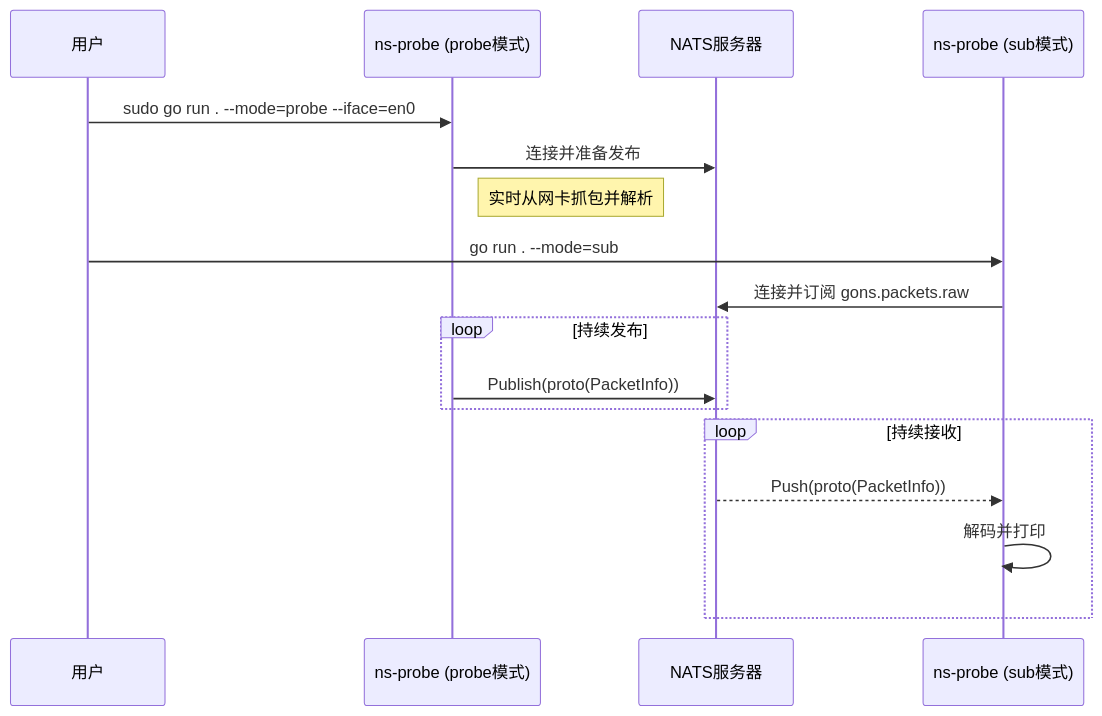
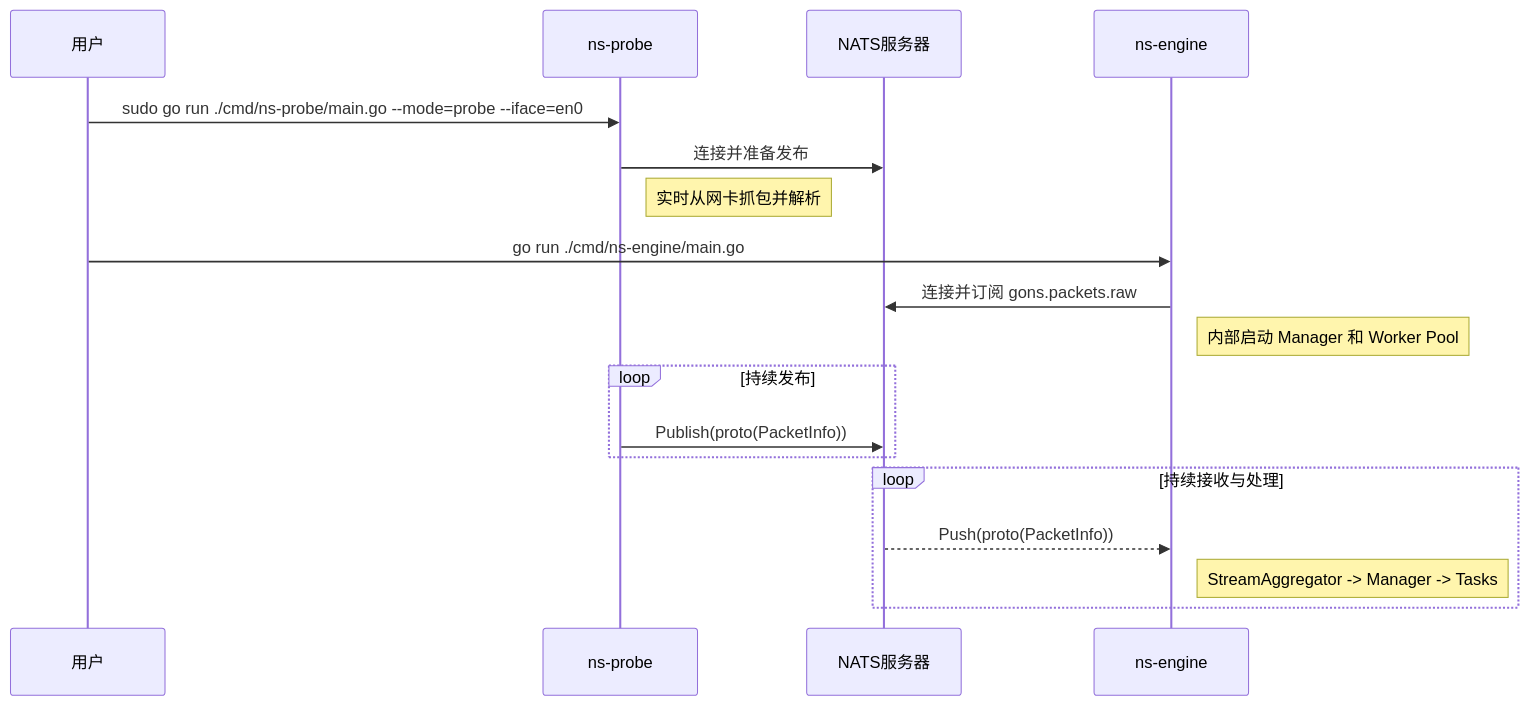
The third of 3 diagrams in doc/technology.md (Decade-qiu/Go2NetSpectra), drawn with Mermaid before and after one commit. The commit also changed other lines of this file and 2 other files, not shown here.

Commit message:
:memo: docs: update architecture, roadmap, and build guide

````diff
--- a/doc/technology.md
+++ b/doc/technology.md
@@ -111,23 +103,24 @@
 ```mermaid
 sequenceDiagram
     participant User as 用户
-    participant Probe_Pub as ns-probe (probe模式)
+    participant Probe as ns-probe
     participant NATS as NATS服务器
-    participant Probe_Sub as ns-probe (sub模式)
+    participant Engine as ns-engine
 
-    User->>Probe_Pub: sudo go run . --mode=probe --iface=en0
-    Probe_Pub->>NATS: 连接并准备发布
-    note right of Probe_Pub: 实时从网卡抓包并解析
+    User->>Probe: sudo go run ./cmd/ns-probe/main.go --mode=probe --iface=en0
+    Probe->>NATS: 连接并准备发布
+    note right of Probe: 实时从网卡抓包并解析
 
-    User->>Probe_Sub: go run . --mode=sub
-    Probe_Sub->>NATS: 连接并订阅 gons.packets.raw
+    User->>Engine: go run ./cmd/ns-engine/main.go
+    Engine->>NATS: 连接并订阅 gons.packets.raw
+    note right of Engine: 内部启动 Manager 和 Worker Pool
 
     loop 持续发布
-        Probe_Pub->>NATS: Publish(proto(PacketInfo))
+        Probe->>NATS: Publish(proto(PacketInfo))
     end
 
-    loop 持续接收
-        NATS-->>Probe_Sub: Push(proto(PacketInfo))
-        Probe_Sub->>Probe_Sub: 解码并打印
+    loop 持续接收与处理
+        NATS-->>Engine: Push(proto(PacketInfo))
+        note right of Engine: StreamAggregator -> Manager -> Tasks
     end
 ```
````
